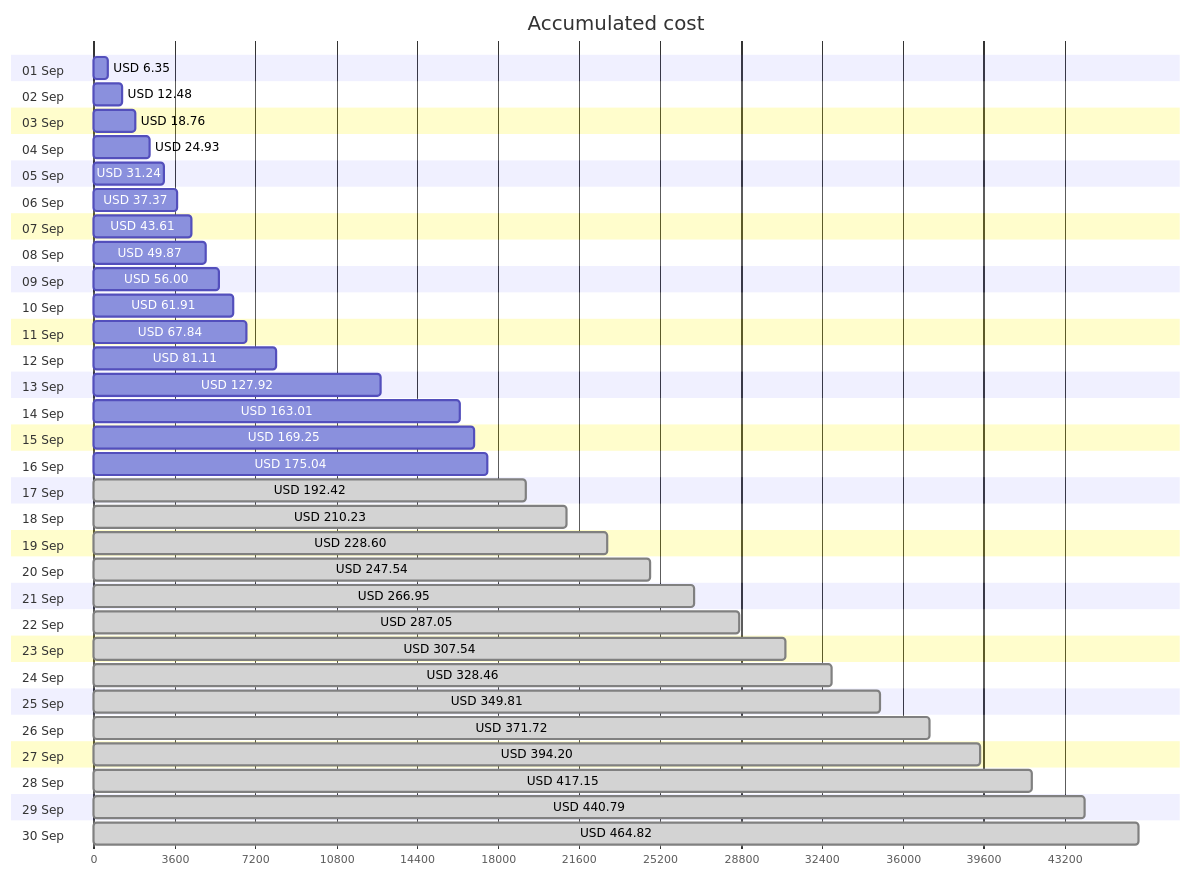
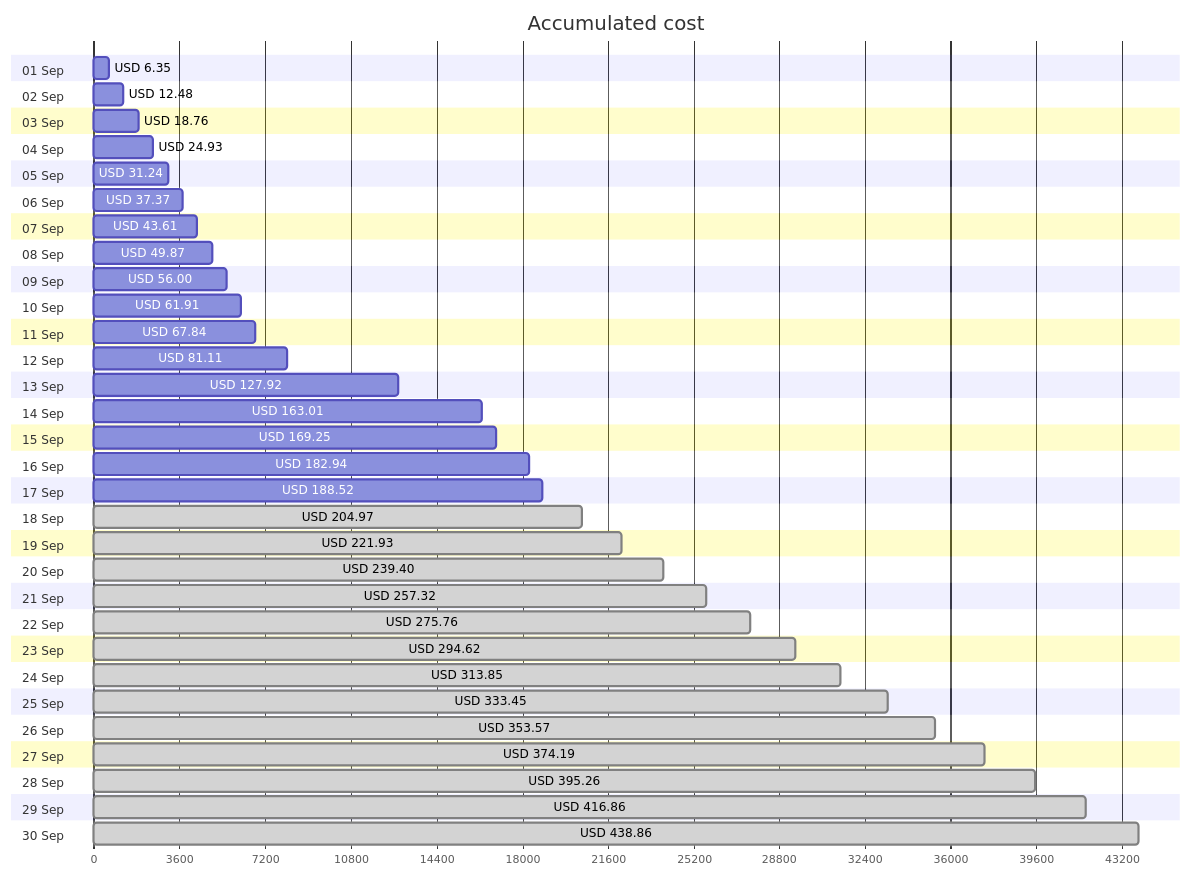
One commit to jpfulton/azure-personal-reports changed the first of 4 diagrams in cost-reports/accumulated-cost.md. Above: the diagram before and after it, drawn with Mermaid. The commit also changed other lines of this file and 4 other files, not shown here.

````diff
--- a/cost-reports/accumulated-cost.md
+++ b/cost-reports/accumulated-cost.md
@@ -20,66 +20,66 @@
 ```mermaid
 gantt
    title Accumulated cost
    dateFormat  X
    axisFormat %s
    section 01 Sep
    USD 6.35 :0, 635
    section 02 Sep
    USD 12.48 :0, 1248
    section 03 Sep
    USD 18.76 :0, 1876
    section 04 Sep
    USD 24.93 :0, 2493
    section 05 Sep
    USD 31.24 :0, 3124
    section 06 Sep
    USD 37.37 :0, 3737
    section 07 Sep
    USD 43.61 :0, 4361
    section 08 Sep
    USD 49.87 :0, 4987
    section 09 Sep
    USD 56.00 :0, 5600
    section 10 Sep
    USD 61.91 :0, 6191
    section 11 Sep
    USD 67.84 :0, 6784
    section 12 Sep
    USD 81.11 :0, 8111
    section 13 Sep
    USD 127.92 :0, 12792
    section 14 Sep
    USD 163.01 :0, 16301
    section 15 Sep
    USD 169.25 :0, 16925
    section 16 Sep
-   USD 175.04 :0, 17504
+   USD 182.94 :0, 18294
    section 17 Sep
-   USD 192.42 : done, 0, 19242
+   USD 188.52 :0, 18852
    section 18 Sep
-   USD 210.23 : done, 0, 21023
+   USD 204.97 : done, 0, 20497
    section 19 Sep
-   USD 228.60 : done, 0, 22860
+   USD 221.93 : done, 0, 22193
    section 20 Sep
-   USD 247.54 : done, 0, 24754
+   USD 239.40 : done, 0, 23940
    section 21 Sep
-   USD 266.95 : done, 0, 26695
+   USD 257.32 : done, 0, 25732
    section 22 Sep
-   USD 287.05 : done, 0, 28705
+   USD 275.76 : done, 0, 27576
    section 23 Sep
-   USD 307.54 : done, 0, 30754
+   USD 294.62 : done, 0, 29462
    section 24 Sep
-   USD 328.46 : done, 0, 32846
+   USD 313.85 : done, 0, 31385
    section 25 Sep
-   USD 349.81 : done, 0, 34981
+   USD 333.45 : done, 0, 33345
    section 26 Sep
-   USD 371.72 : done, 0, 37172
+   USD 353.57 : done, 0, 35357
    section 27 Sep
-   USD 394.20 : done, 0, 39420
+   USD 374.19 : done, 0, 37419
    section 28 Sep
-   USD 417.15 : done, 0, 41715
+   USD 395.26 : done, 0, 39526
    section 29 Sep
-   USD 440.79 : done, 0, 44079
+   USD 416.86 : done, 0, 41686
    section 30 Sep
-   USD 464.82 : done, 0, 46482
+   USD 438.86 : done, 0, 43886
 ```
````
